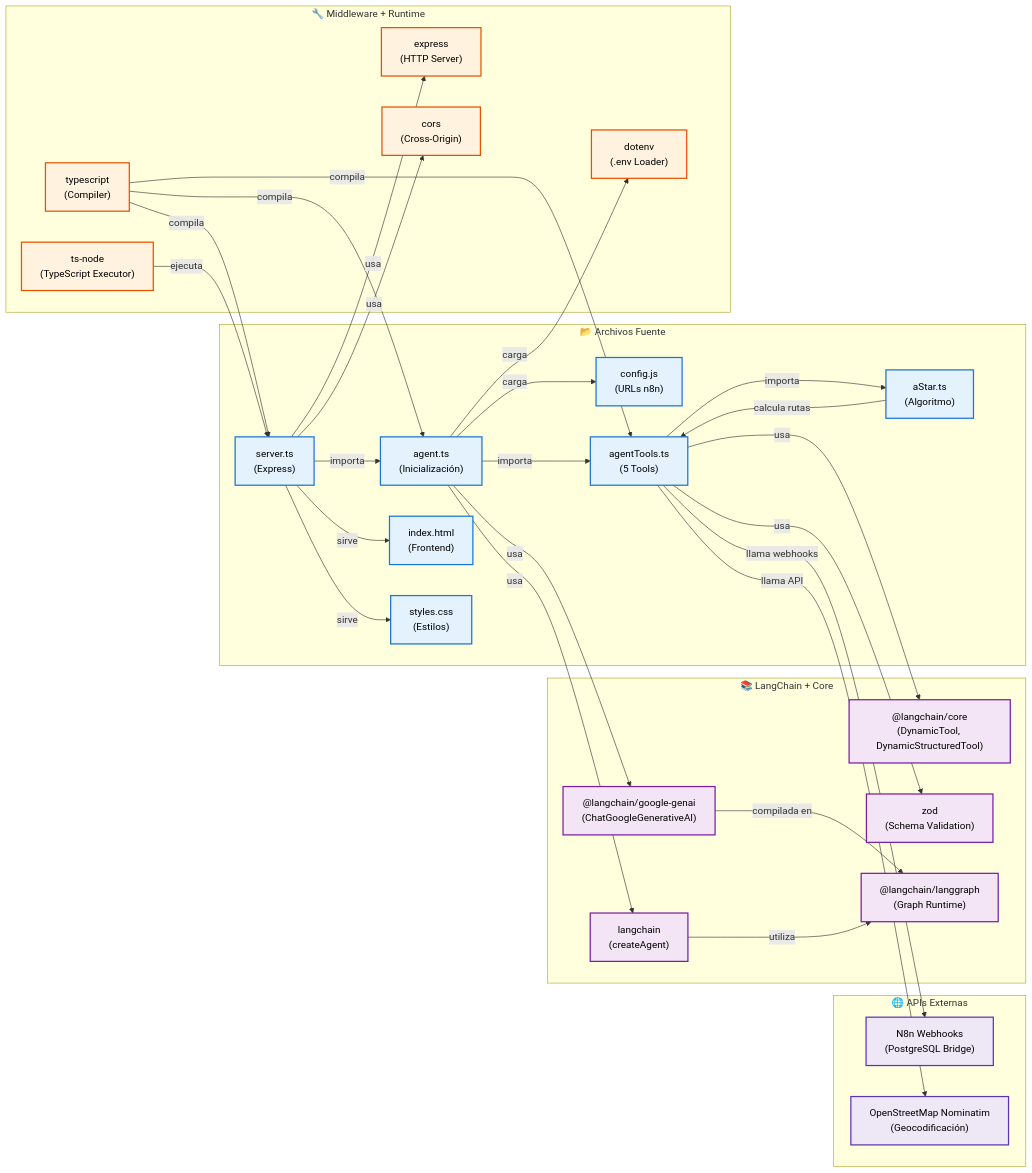
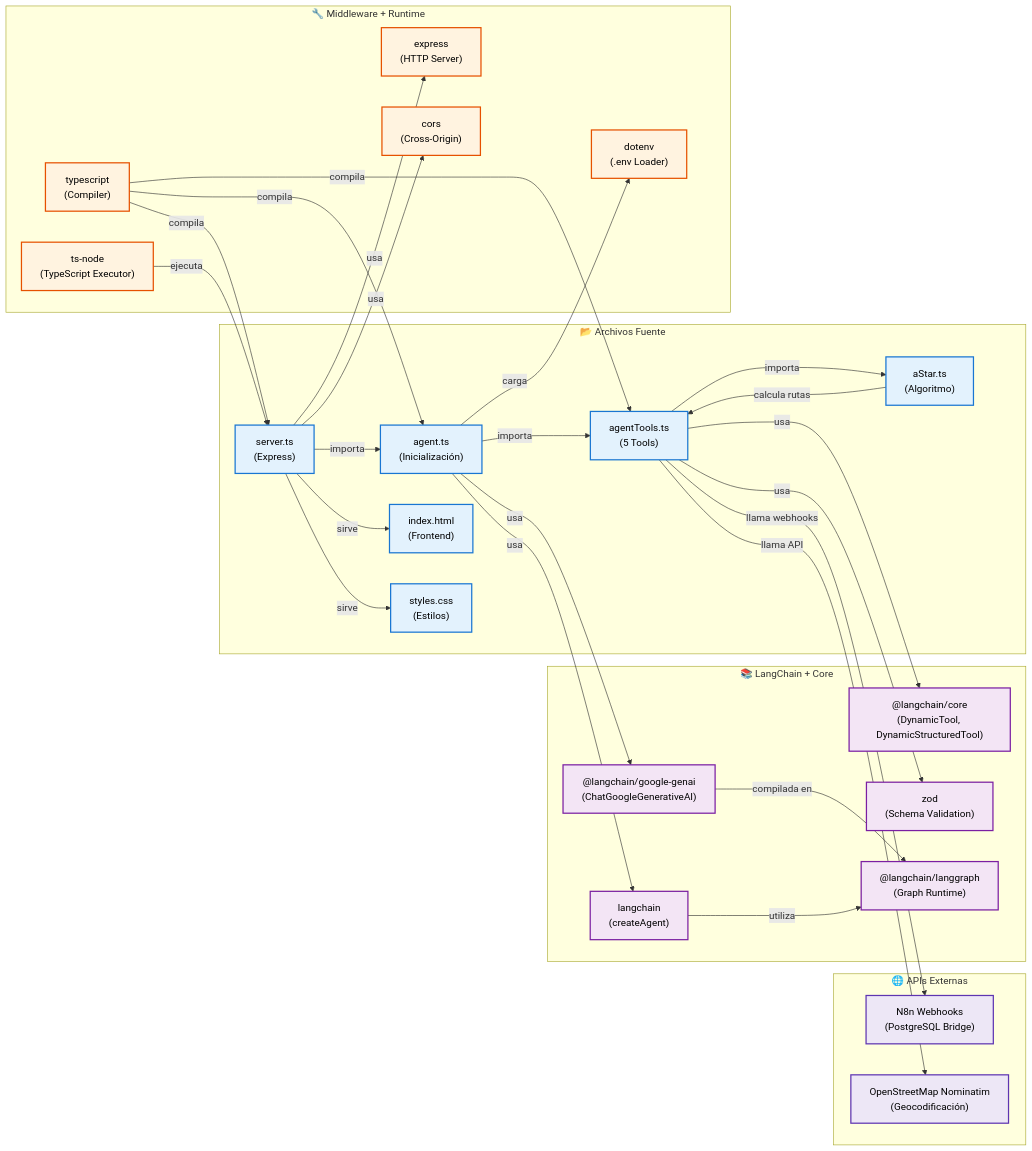
Before and after one commit to nata890/sis1-EPS-Automatizado: the third of 3 diagrams in README.md, drawn with Mermaid. The commit also changed 2 other files, not shown here.

Commit message:
documents: README correcion

````diff
--- a/README.md
+++ b/README.md
@@ -302,75 +302,73 @@
 ```mermaid
 graph LR
     subgraph SourceFiles["📂 Archivos Fuente"]
-        Config["config.js<br/>(URLs n8n)"]
         Agent["agent.ts<br/>(Inicialización)"]
         Tools["agentTools.ts<br/>(5 Tools)"]
         AStar["aStar.ts<br/>(Algoritmo)"]
         Server["server.ts<br/>(Express)"]
         HTML["index.html<br/>(Frontend)"]
         CSS["styles.css<br/>(Estilos)"]
     end
 
     subgraph LangChainLibs["📚 LangChain + Core"]
         ChatGemini["@langchain/google-genai<br/>(ChatGoogleGenerativeAI)"]
         CoreTools["@langchain/core<br/>(DynamicTool, DynamicStructuredTool)"]
         Zod["zod<br/>(Schema Validation)"]
         LangChainMain["langchain<br/>(createAgent)"]
         LangGraph["@langchain/langgraph<br/>(Graph Runtime)"]
     end
 
     subgraph FrameworkLibs["🔧 Middleware + Runtime"]
         Express["express<br/>(HTTP Server)"]
         CORS["cors<br/>(Cross-Origin)"]
         DotEnv["dotenv<br/>(.env Loader)"]
         TSNode["ts-node<br/>(TypeScript Executor)"]
         TypeScript["typescript<br/>(Compiler)"]
     end
 
     subgraph ExternalAPIs["🌐 APIs Externas"]
         N8nWebhook["N8n Webhooks<br/>(PostgreSQL Bridge)"]
         OpenStreetMap["OpenStreetMap Nominatim<br/>(Geocodificación)"]
     end
 
     %% Relaciones de dependencia
     Server -->|importa| Agent
     Server -->|usa| Express
     Server -->|usa| CORS
     
     Agent -->|importa| Tools
     Agent -->|usa| ChatGemini
     Agent -->|usa| LangChainMain
     
     Tools -->|importa| AStar
     Tools -->|usa| CoreTools
     Tools -->|usa| Zod
     Tools -->|llama webhooks| N8nWebhook
     Tools -->|llama API| OpenStreetMap
     
-    Agent -->|carga| Config
     Agent -->|carga| DotEnv
     
     AStar -->|calcula rutas| Tools
     
     Server -->|sirve| HTML
     Server -->|sirve| CSS
     
     ChatGemini -->|compilada en| LangGraph
     LangChainMain -->|utiliza| LangGraph
     
     TypeScript -->|compila| Agent
     TypeScript -->|compila| Server
     TypeScript -->|compila| Tools
     
     TSNode -->|ejecuta| Server
 
     classDef source fill:#e3f2fd,stroke:#1976d2,stroke-width:2px,color:black
     classDef langchain fill:#f3e5f5,stroke:#7b1fa2,stroke-width:2px,color:black
     classDef framework fill:#fff3e0,stroke:#e65100,stroke-width:2px,color:black
     classDef external fill:#ede7f6,stroke:#5e35b1,stroke-width:2px,color:black
 
-    class Config,Agent,Tools,AStar,Server,HTML,CSS source
+    class Agent,Tools,AStar,Server,HTML,CSS source
     class ChatGemini,CoreTools,Zod,LangChainMain,LangGraph langchain
     class Express,CORS,DotEnv,TSNode,TypeScript framework
     class N8nWebhook,OpenStreetMap external
 ```
````
